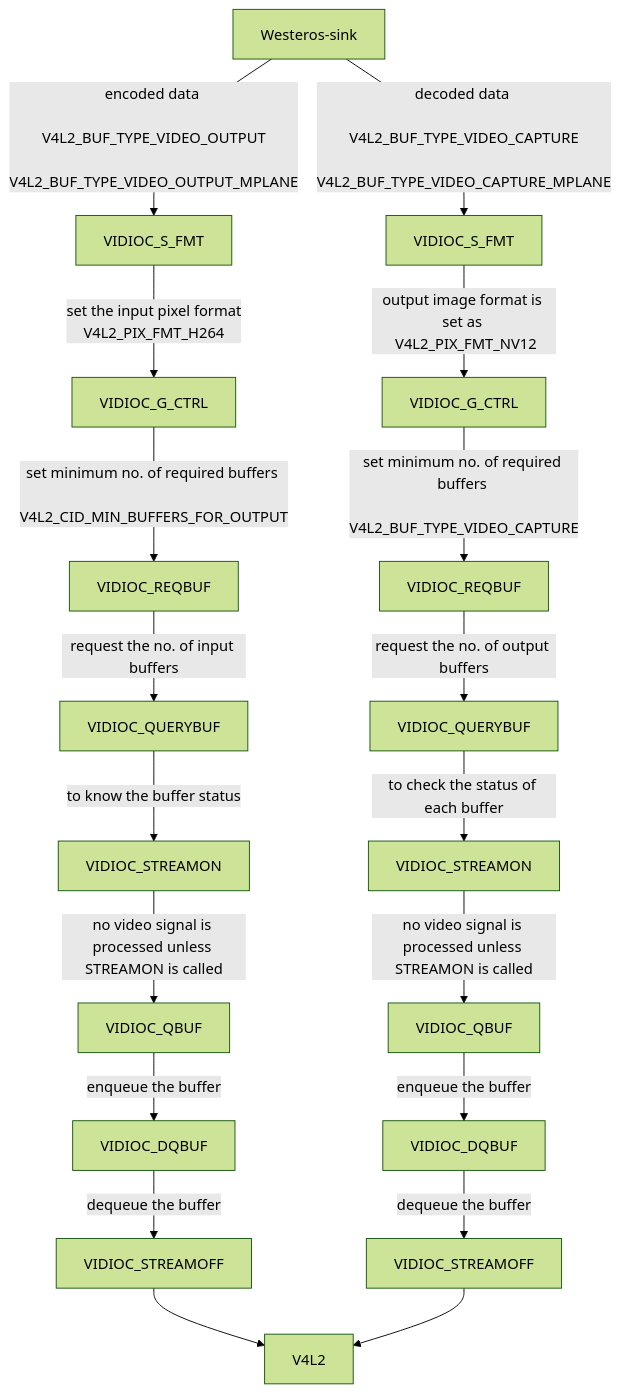
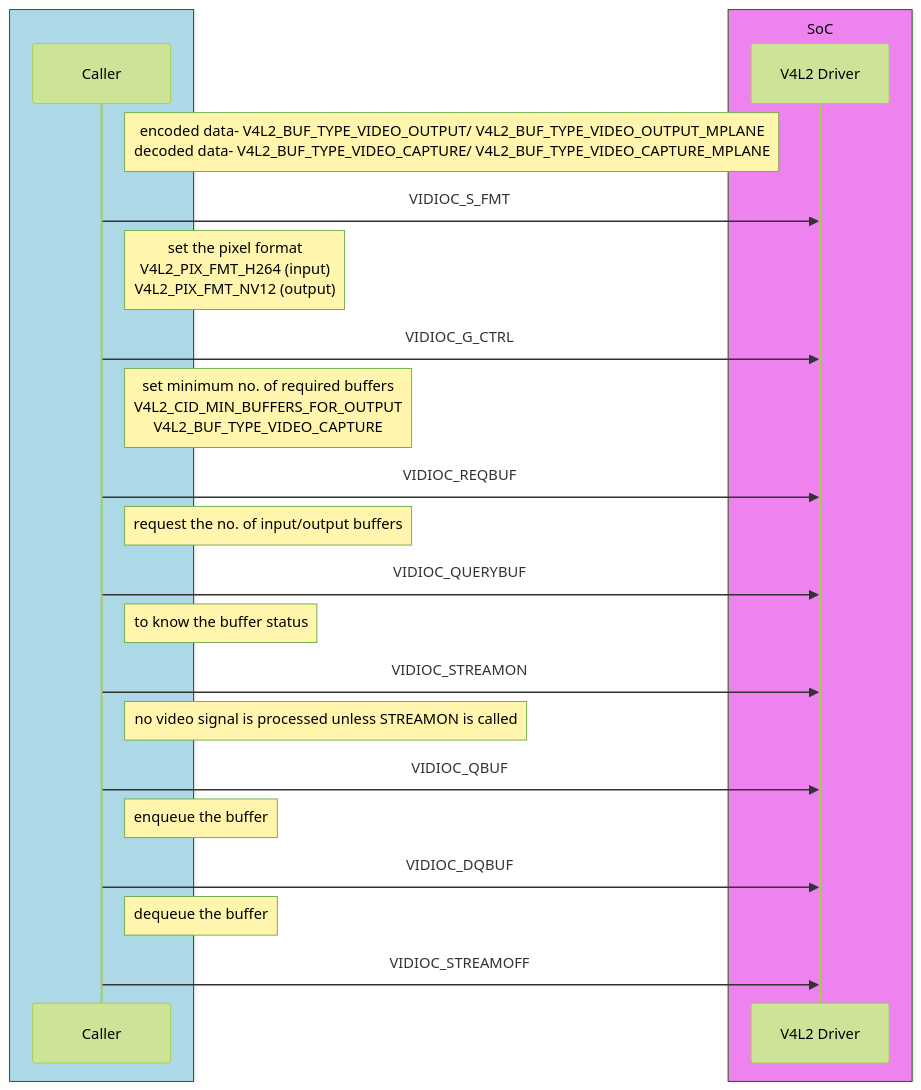
The third of 3 diagrams in docs/pages/v4l2.md (rdkcentral/rdk-halif-v4l2), drawn with Mermaid (forest theme) before and after one commit. The commit also changed other lines of this file, not shown here.

````diff
--- a/docs/pages/v4l2.md
+++ b/docs/pages/v4l2.md
@@ -308,32 +285,28 @@
 ```mermaid
 
-flowchart TD
-1[Westeros-sink]
-2[VIDIOC_S_FMT]
-3[VIDIOC_G_CTRL]
-4[VIDIOC_REQBUF]
-5[VIDIOC_QUERYBUF]
-6[VIDIOC_STREAMON]
-7[VIDIOC_QBUF]
-8[VIDIOC_DQBUF]
-9[VIDIOC_STREAMOFF]
-10[VIDIOC_S_FMT]
-11[VIDIOC_G_CTRL]
-12[VIDIOC_REQBUF]
-13[VIDIOC_QUERYBUF]
-14[VIDIOC_STREAMON]
-15[VIDIOC_QBUF]
-16[VIDIOC_DQBUF]
-17[VIDIOC_STREAMOFF]
-18[V4L2]
- 
-1--encoded data \n\n V4L2_BUF_TYPE_VIDEO_OUTPUT \n V4L2_BUF_TYPE_VIDEO_OUTPUT_MPLANE-->2
-1--decoded data \n\n V4L2_BUF_TYPE_VIDEO_CAPTURE \n V4L2_BUF_TYPE_VIDEO_CAPTURE_MPLANE-->10
+sequenceDiagram
+box lightblue
+participant Caller
+end
+box violet SoC
+participant V4L2 Driver
+end
 
-2--set the input pixel format \n V4L2_PIX_FMT_H264-->3--set minimum no. of required buffers \n V4L2_CID_MIN_BUFFERS_FOR_OUTPUT-->4--request the no. of input buffers-->5--to know the buffer status-->6--no video signal is processed unless STREAMON is called-->7--enqueue the buffer-->8--dequeue the buffer-->9
-
-10-- output image format is set as \n V4L2_PIX_FMT_NV12-->11--set minimum no. of required buffers \n V4L2_BUF_TYPE_VIDEO_CAPTURE-->12--request the no. of output buffers-->13--to check the status of each buffer-->14--no video signal is processed unless STREAMON is called-->15--enqueue the buffer-->16--dequeue the buffer-->17
-
-9 & 17-->18
+Note right of Caller: encoded data- V4L2_BUF_TYPE_VIDEO_OUTPUT/ V4L2_BUF_TYPE_VIDEO_OUTPUT_MPLANE <br/> decoded data- V4L2_BUF_TYPE_VIDEO_CAPTURE/ V4L2_BUF_TYPE_VIDEO_CAPTURE_MPLANE 
+Caller->> V4L2 Driver: VIDIOC_S_FMT
+note right of Caller: set the pixel format <br/> V4L2_PIX_FMT_H264 (input) <br/> V4L2_PIX_FMT_NV12 (output)
+Caller->> V4L2 Driver: VIDIOC_G_CTRL
+note right of Caller: set minimum no. of required buffers <br/> V4L2_CID_MIN_BUFFERS_FOR_OUTPUT <br/> V4L2_BUF_TYPE_VIDEO_CAPTURE
+Caller->> V4L2 Driver: VIDIOC_REQBUF
+note right of Caller: request the no. of input/output buffers
+Caller->> V4L2 Driver: VIDIOC_QUERYBUF
+note right of Caller: to know the buffer status
+Caller->> V4L2 Driver: VIDIOC_STREAMON
+note right of Caller: no video signal is processed unless STREAMON is called
+Caller->> V4L2 Driver: VIDIOC_QBUF
+note right of Caller: enqueue the buffer
+Caller->> V4L2 Driver: VIDIOC_DQBUF
+note right of Caller: dequeue the buffer
+Caller->> V4L2 Driver: VIDIOC_STREAMOFF
 
 ```
````
